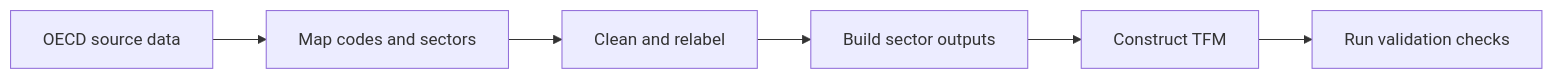
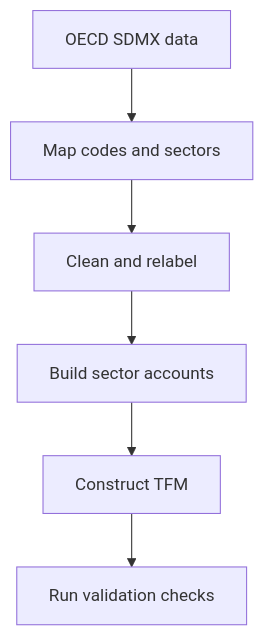
The diagram in README.md (saharshapoorirad/oecd-data-quality-validation), drawn with Mermaid before and after one commit. The commit also changed other lines of this file and 4 other files, not shown here.

````diff
--- a/README.md
+++ b/README.md
@@ -25,8 +31,8 @@
 ```mermaid
-flowchart LR
-    A[OECD source data] --> B[Map codes and sectors]
+flowchart TD
+    A[OECD SDMX data] --> B[Map codes and sectors]
     B --> C[Clean and relabel]
-    C --> D[Build sector outputs]
+    C --> D[Build sector accounts]
     D --> E[Construct TFM]
     E --> F[Run validation checks]
 ```
````
